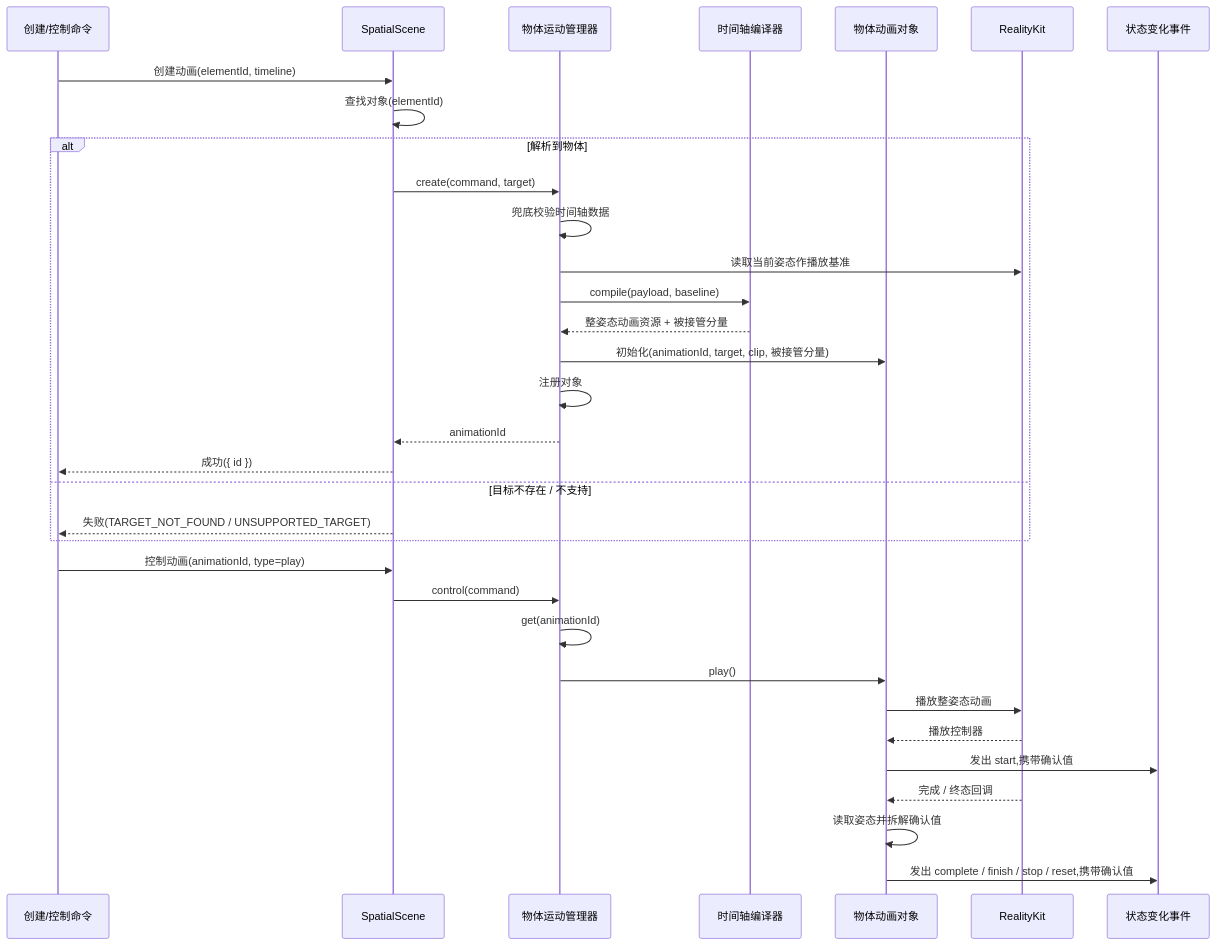
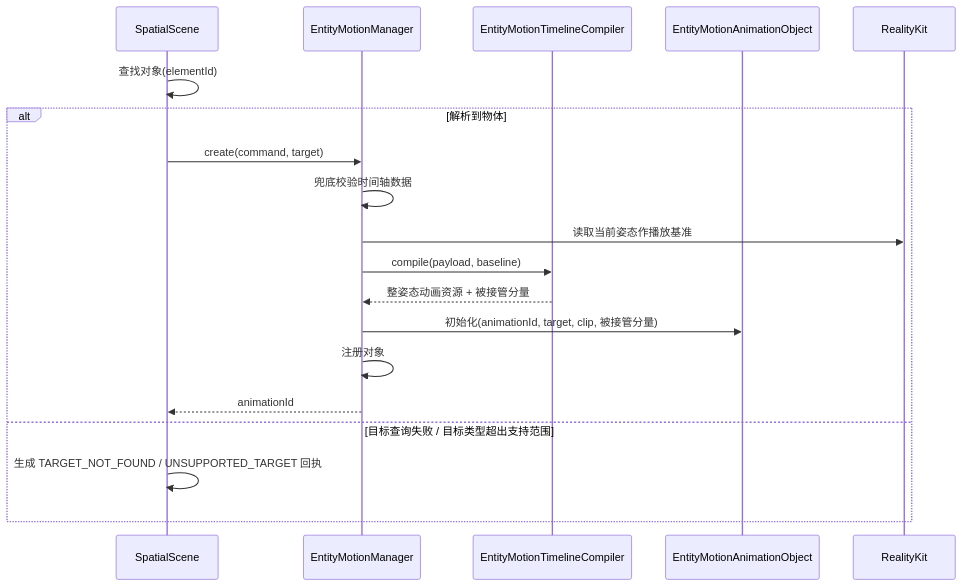
One commit to webspatial/webspatial-sdk changed the tenth of 14 diagrams in openspec/changes/redesign-entity-motion-api/design.zh.md. Above: the diagram before and after it, drawn with Mermaid. The commit also changed other lines of this file and 3 other files, not shown here.

Commit message:
update spec structure and diagram

````diff
--- a/openspec/changes/redesign-entity-motion-api/design.zh.md
+++ b/openspec/changes/redesign-entity-motion-api/design.zh.md
@@ -792,37 +900,22 @@
 ```mermaid
 sequenceDiagram
-    participant JSB as 创建/控制命令
     participant Scene as SpatialScene
-    participant Manager as 物体运动管理器
-    participant Compiler as 时间轴编译器
-    participant Obj as 物体动画对象
+    participant Manager as EntityMotionManager
+    participant Compiler as EntityMotionTimelineCompiler
+    participant Obj as EntityMotionAnimationObject
     participant RK as RealityKit
-    participant Event as 状态变化事件
 
-    JSB->>Scene: 创建动画(elementId, timeline)
     Scene->>Scene: 查找对象(elementId)
     alt 解析到物体
         Scene->>Manager: create(command, target)
         Manager->>Manager: 兜底校验时间轴数据
         Manager->>RK: 读取当前姿态作播放基准
         Manager->>Compiler: compile(payload, baseline)
         Compiler-->>Manager: 整姿态动画资源 + 被接管分量
         Manager->>Obj: 初始化(animationId, target, clip, 被接管分量)
         Manager->>Manager: 注册对象
         Manager-->>Scene: animationId
-        Scene-->>JSB: 成功({ id })
-    else 目标不存在 / 不支持
-        Scene-->>JSB: 失败(TARGET_NOT_FOUND / UNSUPPORTED_TARGET)
+    else 目标查询失败 / 目标类型超出支持范围
+        Scene->>Scene: 生成 TARGET_NOT_FOUND / UNSUPPORTED_TARGET 回执
     end
-
-    JSB->>Scene: 控制动画(animationId, type=play)
-    Scene->>Manager: control(command)
-    Manager->>Manager: get(animationId)
-    Manager->>Obj: play()
-    Obj->>RK: 播放整姿态动画
-    RK-->>Obj: 播放控制器
-    Obj->>Event: 发出 start,携带确认值
-    RK-->>Obj: 完成 / 终态回调
-    Obj->>Obj: 读取姿态并拆解确认值
-    Obj->>Event: 发出 complete / finish / stop / reset,携带确认值
 ```
````
